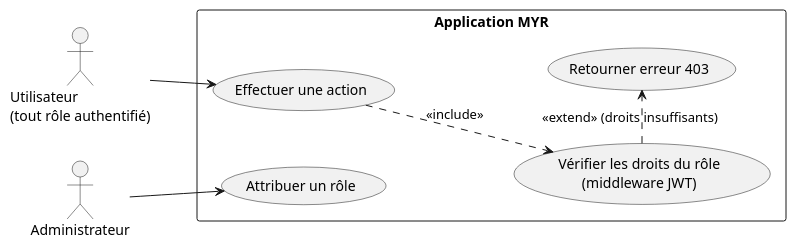
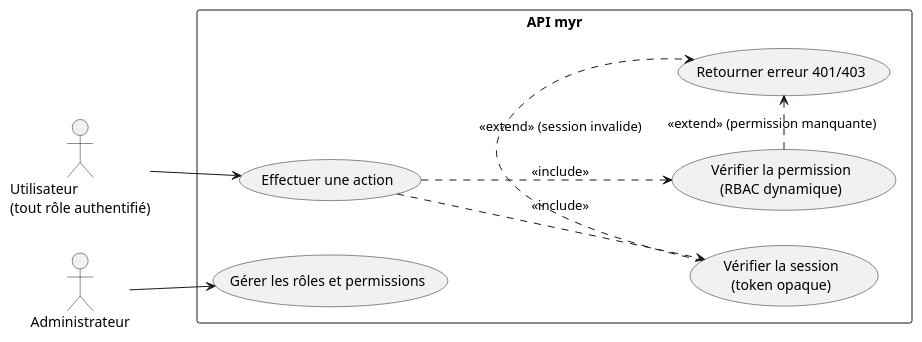
The first of 2 diagrams in specs/2-Analyse/UCA-Compte_et_Acces/UCA05.md (olivaux/myr), drawn with PlantUML before and after one commit. The commit also changed other lines of this file and 72 other files, not shown here.

````diff
--- a/specs/2-Analyse/UCA-Compte_et_Acces/UCA05.md
+++ b/specs/2-Analyse/UCA-Compte_et_Acces/UCA05.md
@@ -14,21 +14,24 @@
 ```plantuml
 @startuml
 left to right direction
 
 actor "Utilisateur\n(tout rôle authentifié)" as U
 actor "Administrateur" as ADM
 
-rectangle "Application MYR" {
+rectangle "API myr" {
     usecase "Effectuer une action" as UC1
-    usecase "Vérifier les droits du rôle\n(middleware JWT)" as UC2
-    usecase "Attribuer un rôle" as UC3
-    usecase "Retourner erreur 403" as UC4
+    usecase "Vérifier la session\n(token opaque)" as UC2
+    usecase "Vérifier la permission\n(RBAC dynamique)" as UC3
+    usecase "Gérer les rôles et permissions" as UC4
+    usecase "Retourner erreur 401/403" as UC5
 }
 
 U --> UC1
 UC1 ..> UC2 : <<include>>
-ADM --> UC3
-UC2 .> UC4 : <<extend>> (droits insuffisants)
+UC1 ..> UC3 : <<include>>
+ADM --> UC4
+UC2 .> UC5 : <<extend>> (session invalide)
+UC3 .> UC5 : <<extend>> (permission manquante)
 
 @enduml
 ```
````
